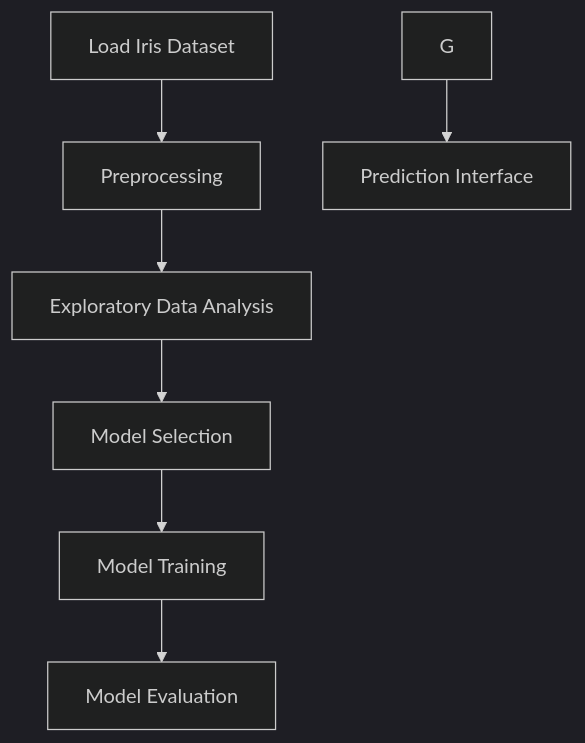
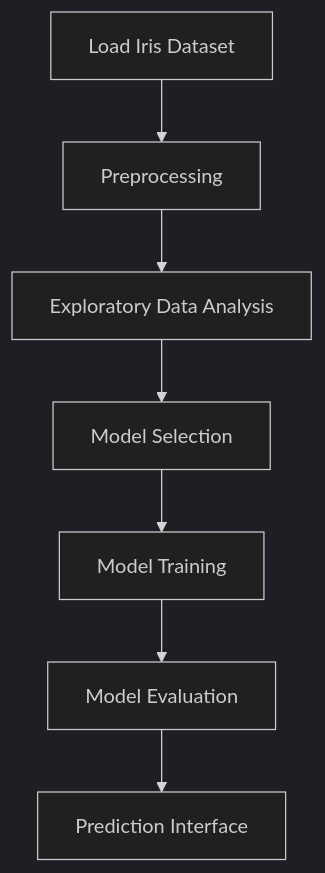
The diagram in README.md (HariKrishnaKumar-watersprinter/Iris-flower-Detection-Qskill-AI-MLIntern), drawn with Mermaid (dark theme) before and after one commit.

````diff
--- a/README.md
+++ b/README.md
@@ -30,10 +30,10 @@
 ```mermaid
 flowchart TD
     A[Load Iris Dataset] --> B[Preprocessing]
     B --> C[Exploratory Data Analysis]
     C --> D[Model Selection]
     D --> E[Model Training]
     E --> F[Model Evaluation]
-    G --> H[Prediction Interface]
+    F --> G[Prediction Interface]
 
 ```
````
